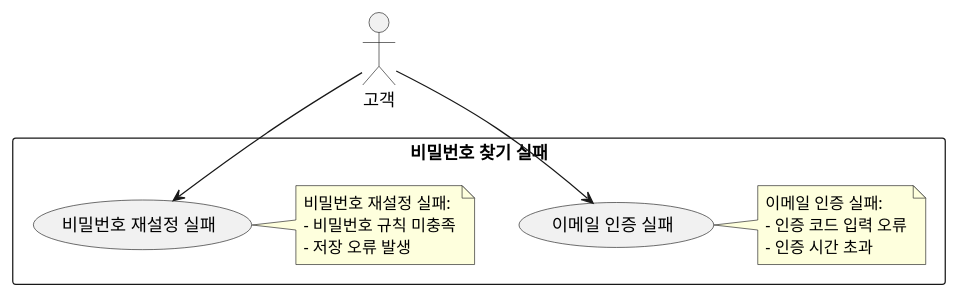
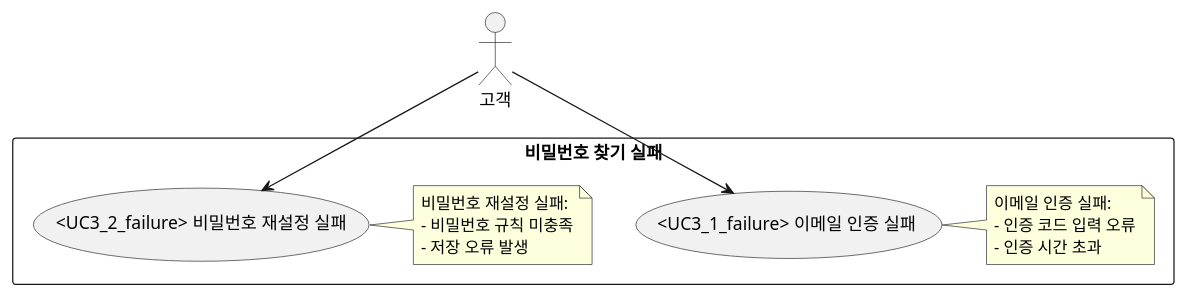
Before and after one commit to f-lab-edu/mini-mart: the diagram in docs/uml/login/uc3_failure.puml, drawn with PlantUML. The commit also changed 55 other files, not shown here.

```diff
--- a/docs/uml/login/uc3_failure.puml
+++ b/docs/uml/login/uc3_failure.puml
@@ -1,22 +1,22 @@
 @startuml
 actor "고객" as Customer
 
 rectangle "비밀번호 찾기 실패" {
-  usecase "이메일 인증 실패" as UC3_1_failure
+  usecase "<UC3_1_failure> 이메일 인증 실패" as UC3_1_failure
   note right
   이메일 인증 실패:
   - 인증 코드 입력 오류
   - 인증 시간 초과
   end note
 
-  usecase "비밀번호 재설정 실패" as UC3_2_failure
+  usecase "<UC3_2_failure> 비밀번호 재설정 실패" as UC3_2_failure
   note right
   비밀번호 재설정 실패:
   - 비밀번호 규칙 미충족
   - 저장 오류 발생
   end note
 }
 
 Customer --> UC3_1_failure
 Customer --> UC3_2_failure
 @enduml
```
